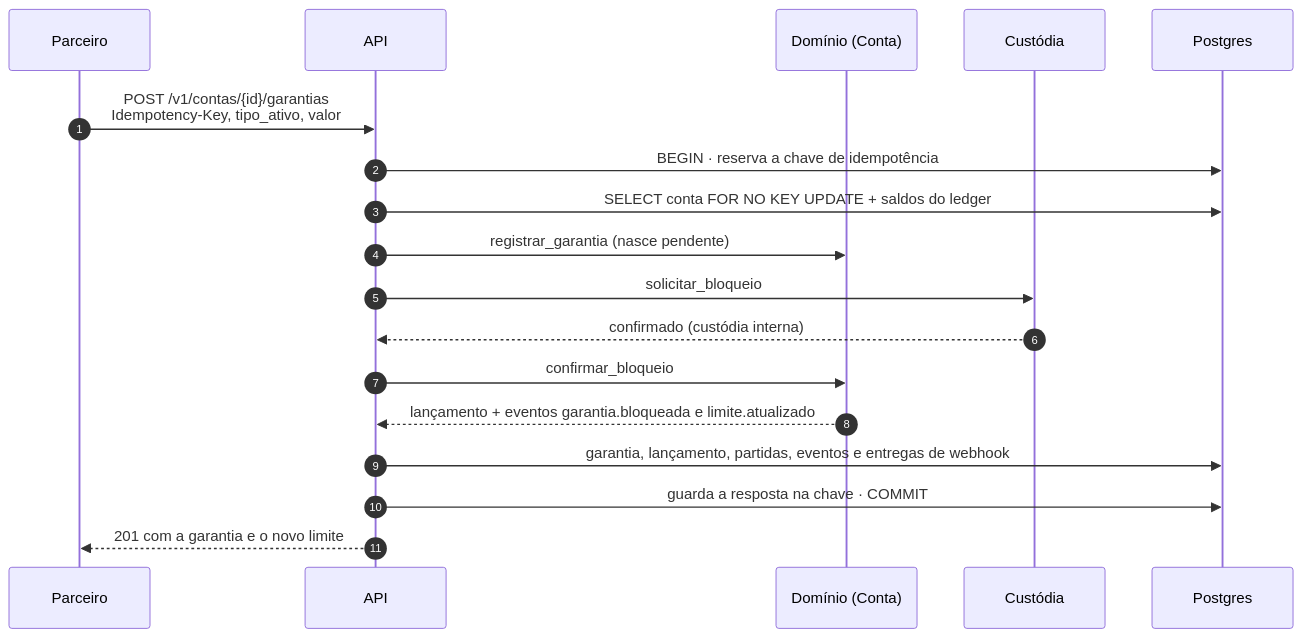
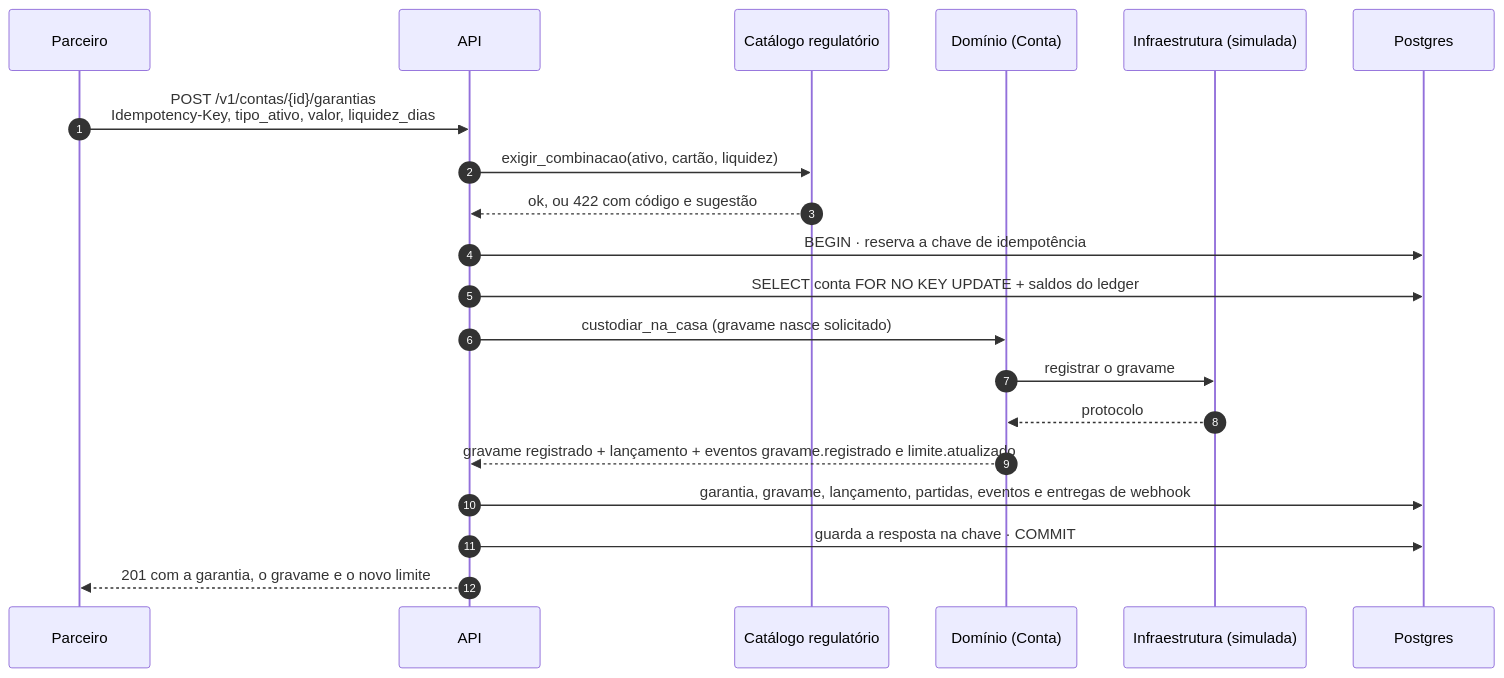
Before and after one commit to EnzoRenato16/limite-garantido-api: the sixth of 13 diagrams in docs/arquitetura.md, drawn with Mermaid. The commit also changed other lines of this file and 23 other files, not shown here.

````diff
--- a/docs/arquitetura.md
+++ b/docs/arquitetura.md
@@ -193,21 +235,23 @@
 ```mermaid
 sequenceDiagram
     autonumber
     participant P as Parceiro
     participant A as API
+    participant K as Catálogo regulatório
     participant D as Domínio (Conta)
-    participant C as Custódia
+    participant I as Infraestrutura (simulada)
     participant B as Postgres
 
-    P->>A: POST /v1/contas/{id}/garantias<br/>Idempotency-Key, tipo_ativo, valor
+    P->>A: POST /v1/contas/{id}/garantias<br/>Idempotency-Key, tipo_ativo, valor, liquidez_dias
+    A->>K: exigir_combinacao(ativo, cartão, liquidez)
+    K-->>A: ok, ou 422 com código e sugestão
     A->>B: BEGIN · reserva a chave de idempotência
     A->>B: SELECT conta FOR NO KEY UPDATE + saldos do ledger
-    A->>D: registrar_garantia (nasce pendente)
-    A->>C: solicitar_bloqueio
-    C-->>A: confirmado (custódia interna)
-    A->>D: confirmar_bloqueio
-    D-->>A: lançamento + eventos garantia.bloqueada e limite.atualizado
-    A->>B: garantia, lançamento, partidas, eventos e entregas de webhook
+    A->>D: custodiar_na_casa (gravame nasce solicitado)
+    D->>I: registrar o gravame
+    I-->>D: protocolo
+    D-->>A: gravame registrado + lançamento + eventos gravame.registrado e limite.atualizado
+    A->>B: garantia, gravame, lançamento, partidas, eventos e entregas de webhook
     A->>B: guarda a resposta na chave · COMMIT
-    A-->>P: 201 com a garantia e o novo limite
+    A-->>P: 201 com a garantia, o gravame e o novo limite
 ```
````
